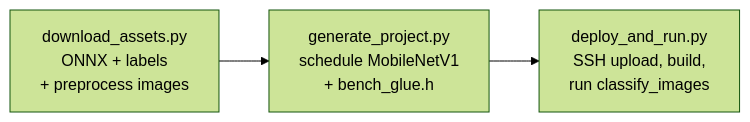
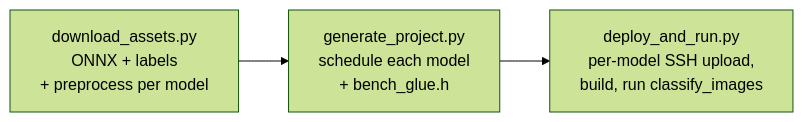
The diagram in demo/image_classification/README.md (GradeBuilderSL/cormorant), drawn with Mermaid (forest theme) before and after one commit. The commit also changed other lines of this file, not shown here.

````diff
--- a/demo/image_classification/README.md
+++ b/demo/image_classification/README.md
@@ -16,6 +19,6 @@
 ```mermaid
 flowchart LR
-    A["download_assets.py<br/>ONNX + labels<br/>+ preprocess images"]
-      --> B["generate_project.py<br/>schedule MobileNetV1<br/>+ bench_glue.h"]
-      --> C["deploy_and_run.py<br/>SSH upload, build,<br/>run classify_images"]
+    A["download_assets.py<br/>ONNX + labels<br/>+ preprocess per model"]
+      --> B["generate_project.py<br/>schedule each model<br/>+ bench_glue.h"]
+      --> C["deploy_and_run.py<br/>per-model SSH upload,<br/>build, run classify_images"]
 ```
````
